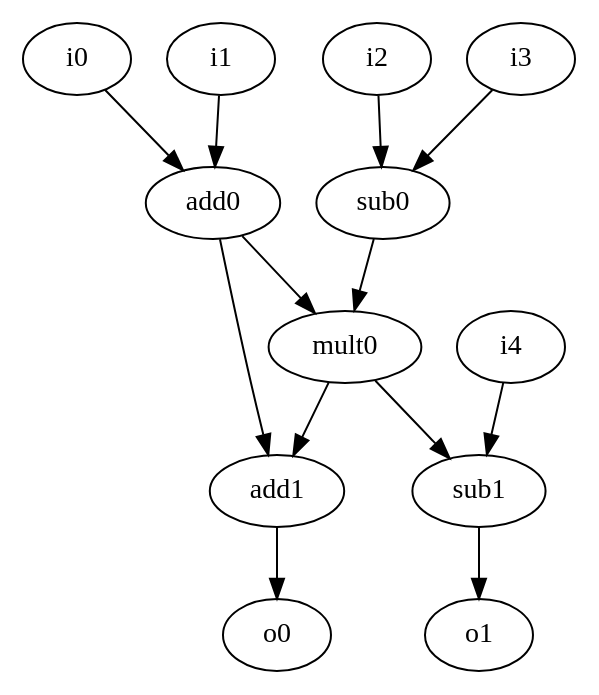
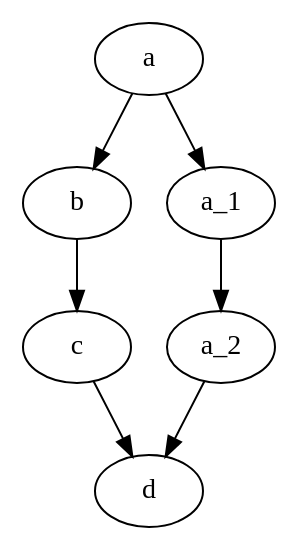
Before and after one commit to canesche/dataflow-python: the diagram in res/grafo_final.dot, drawn with Graphviz. The commit also changed 7 other files, not shown here.

Commit message:
converted any graph in a graph syncronized

```diff
--- a/res/grafo_final.dot
+++ b/res/grafo_final.dot
@@ -1,26 +1,14 @@
-strict digraph "grafo" {
-i0;
-add0;
-mult0;
-i1;
-i2;
-sub0;
-i3;
-add1;
-sub1;
-i4;
-o0;
-o1;
-i0 -> add0;
-add0 -> mult0;
-add0 -> add1;
-mult0 -> add1;
-mult0 -> sub1;
-i1 -> add0;
-i2 -> sub0;
-sub0 -> mult0;
-i3 -> sub0;
-add1 -> o0;
-sub1 -> o1;
-i4 -> sub1;
+strict digraph  {
+a;
+b;
+a_1;
+a_2;
+d;
+c;
+a -> b;
+a -> a_1;
+b -> c;
+a_1 -> a_2;
+a_2 -> d;
+c -> d;
 }
```
